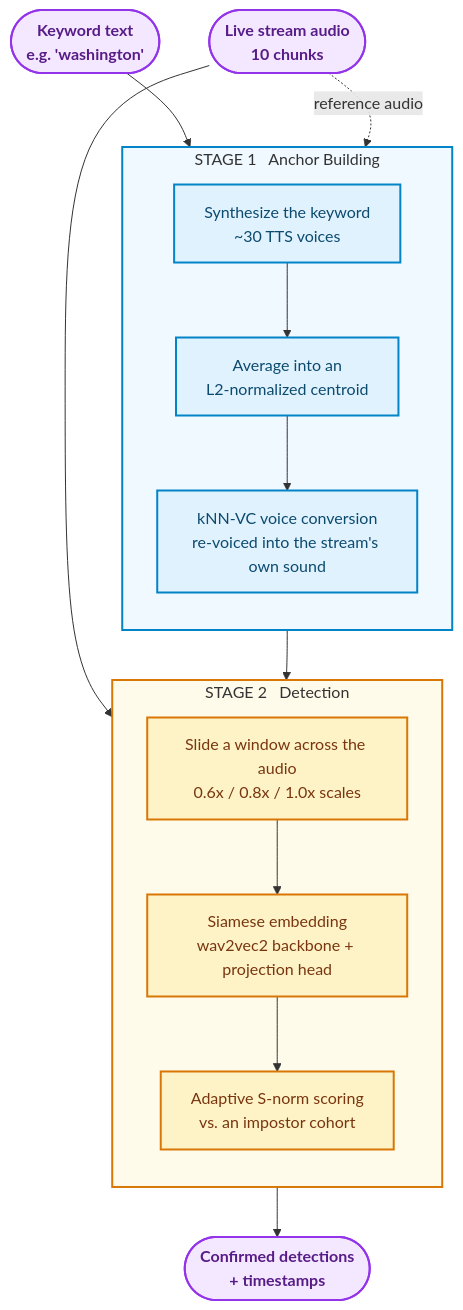
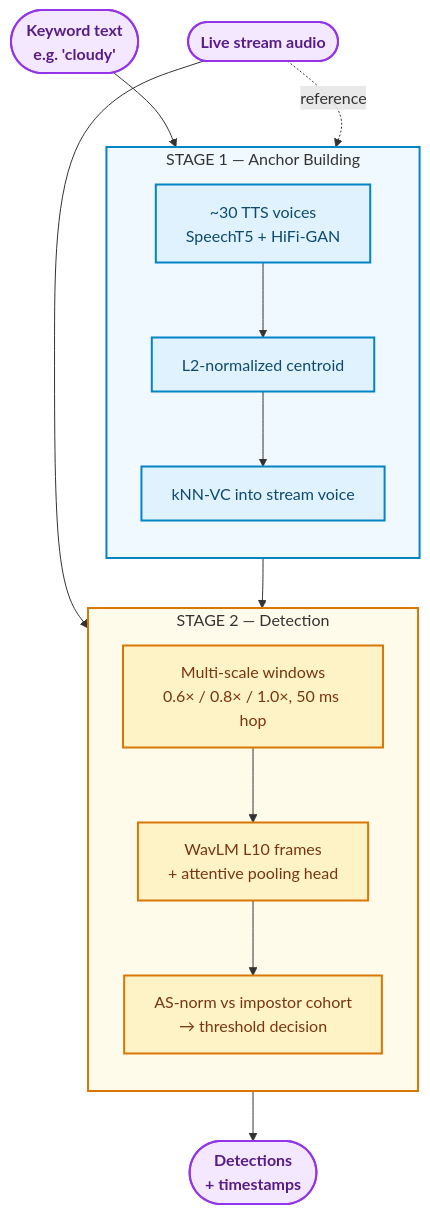
The diagram in Siamese_VMS_Project/README.md (Fawwad795/Video-Context-Extraction-System), drawn with Mermaid before and after one commit. The commit also changed other lines of this file, not shown here.

First line of the commit message:
Update Siamese README for the current wavlm-trained 2-stage pipeline.

````diff
--- a/Siamese_VMS_Project/README.md
+++ b/Siamese_VMS_Project/README.md
@@ -39,39 +38,39 @@
 ```mermaid
 flowchart TD
-    KW(["Keyword text<br/><b>e.g. 'washington'</b>"])
-    STREAM(["Live stream audio<br/><b>10 chunks</b>"])
-    RESULT(["Confirmed detections<br/><b>+ timestamps</b>"])
+    KW(["Keyword text<br/><b>e.g. 'cloudy'</b>"])
+    STREAM(["Live stream audio"])
+    RESULT(["Detections<br/><b>+ timestamps</b>"])
 
-    subgraph S1["STAGE 1 &nbsp; Anchor Building"]
+    subgraph S1["STAGE 1 — Anchor Building"]
         direction TB
-        TTS["Synthesize the keyword<br/>~30 TTS voices"]
-        CENTROID["Average into an<br/>L2-normalized centroid"]
-        KNNVC["kNN-VC voice conversion<br/>re-voiced into the stream's own sound"]
+        TTS["~30 TTS voices<br/>SpeechT5 + HiFi-GAN"]
+        CENTROID["L2-normalized centroid"]
+        KNNVC["kNN-VC into stream voice"]
         TTS --> CENTROID --> KNNVC
     end
 
-    subgraph S2["STAGE 2 &nbsp; Detection"]
+    subgraph S2["STAGE 2 — Detection"]
         direction TB
-        SLIDE["Slide a window across the audio<br/>0.6x / 0.8x / 1.0x scales"]
-        EMBED["Siamese embedding<br/>wav2vec2 backbone + projection head"]
-        ASNORM["Adaptive S-norm scoring<br/>vs. an impostor cohort"]
+        SLIDE["Multi-scale windows<br/>0.6× / 0.8× / 1.0×, 50 ms hop"]
+        EMBED["WavLM L10 frames<br/>+ attentive pooling head"]
+        ASNORM["AS-norm vs impostor cohort<br/>→ threshold decision"]
         SLIDE --> EMBED --> ASNORM
     end
 
     KW --> TTS
-    STREAM -. reference audio .-> KNNVC
+    STREAM -. reference .-> KNNVC
     KNNVC --> EMBED
     STREAM --> SLIDE
     ASNORM --> RESULT
 
     classDef io fill:#f3e8ff,stroke:#9333ea,stroke-width:2px,color:#581c87,font-weight:bold
     classDef stage1 fill:#e0f2fe,stroke:#0284c7,stroke-width:2px,color:#0c4a6e
     classDef stage2 fill:#fef3c7,stroke:#d97706,stroke-width:2px,color:#78350f
 
     class KW,STREAM,RESULT io
     class TTS,CENTROID,KNNVC stage1
     class SLIDE,EMBED,ASNORM stage2
 
     style S1 fill:#f0f9ff,stroke:#0284c7,stroke-width:2px
     style S2 fill:#fffbeb,stroke:#d97706,stroke-width:2px
 ```
````
